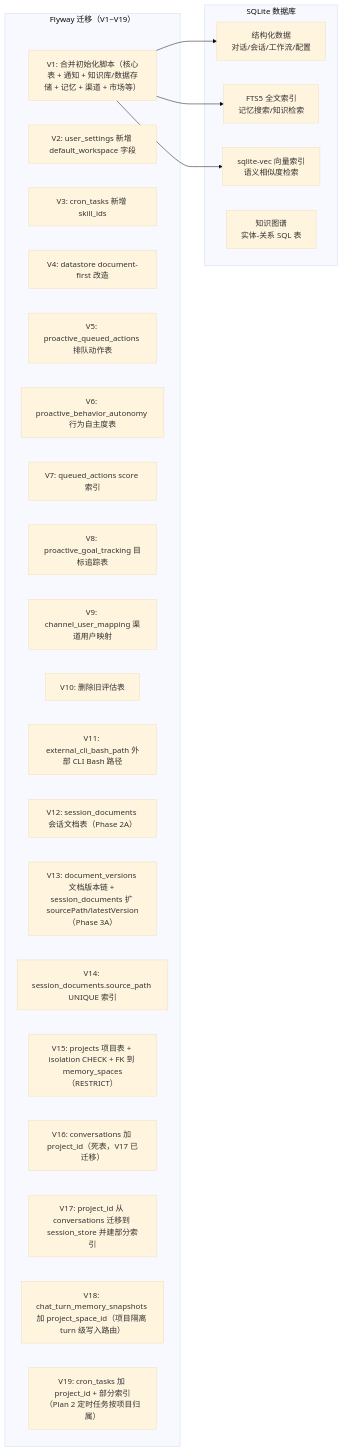
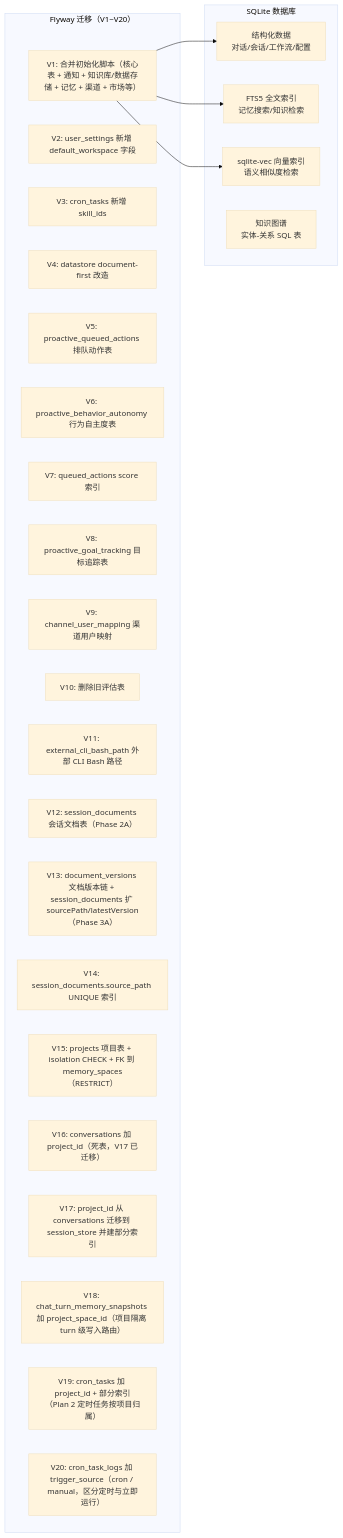
Before and after one commit to ntygod/LifePilot: the third of 4 diagrams in docs/ARCHITECTURE.md, drawn with Mermaid (base theme). The commit also changed 4 other files, not shown here.

````diff
--- a/docs/ARCHITECTURE.md
+++ b/docs/ARCHITECTURE.md
@@ -186,35 +186,36 @@
 ```mermaid
 graph LR
     subgraph "SQLite 数据库"
         SQL["结构化数据<br/>对话/会话/工作流/配置"]
         FTS["FTS5 全文索引<br/>记忆搜索/知识检索"]
         VEC["sqlite-vec 向量索引<br/>语义相似度检索"]
         GRAPH["知识图谱<br/>实体-关系 SQL 表"]
     end
 
-    subgraph "Flyway 迁移（V1~V19）"
+    subgraph "Flyway 迁移（V1~V20）"
         V1["V1: 合并初始化脚本（核心表 + 通知 + 知识库/数据存储 + 记忆 + 渠道 + 市场等）"]
         V2["V2: user_settings 新增 default_workspace 字段"]
         V3["V3: cron_tasks 新增 skill_ids"]
         V4["V4: datastore document-first 改造"]
         V5["V5: proactive_queued_actions 排队动作表"]
         V6["V6: proactive_behavior_autonomy 行为自主度表"]
         V7["V7: queued_actions score 索引"]
         V8["V8: proactive_goal_tracking 目标追踪表"]
         V9["V9: channel_user_mapping 渠道用户映射"]
         V10["V10: 删除旧评估表"]
         V11["V11: external_cli_bash_path 外部 CLI Bash 路径"]
         V12["V12: session_documents 会话文档表（Phase 2A）"]
         V13["V13: document_versions 文档版本链 + session_documents 扩 sourcePath/latestVersion（Phase 3A）"]
         V14["V14: session_documents.source_path UNIQUE 索引"]
         V15["V15: projects 项目表 + isolation CHECK + FK 到 memory_spaces（RESTRICT）"]
         V16["V16: conversations 加 project_id（死表，V17 已迁移）"]
         V17["V17: project_id 从 conversations 迁移到 session_store 并建部分索引"]
         V18["V18: chat_turn_memory_snapshots 加 project_space_id（项目隔离 turn 级写入路由）"]
         V19["V19: cron_tasks 加 project_id + 部分索引（Plan 2 定时任务按项目归属）"]
+        V20["V20: cron_task_logs 加 trigger_source（cron / manual，区分定时与立即运行）"]
     end
 
     V1 --> SQL
     V1 --> FTS
     V1 --> VEC
 ```
````
